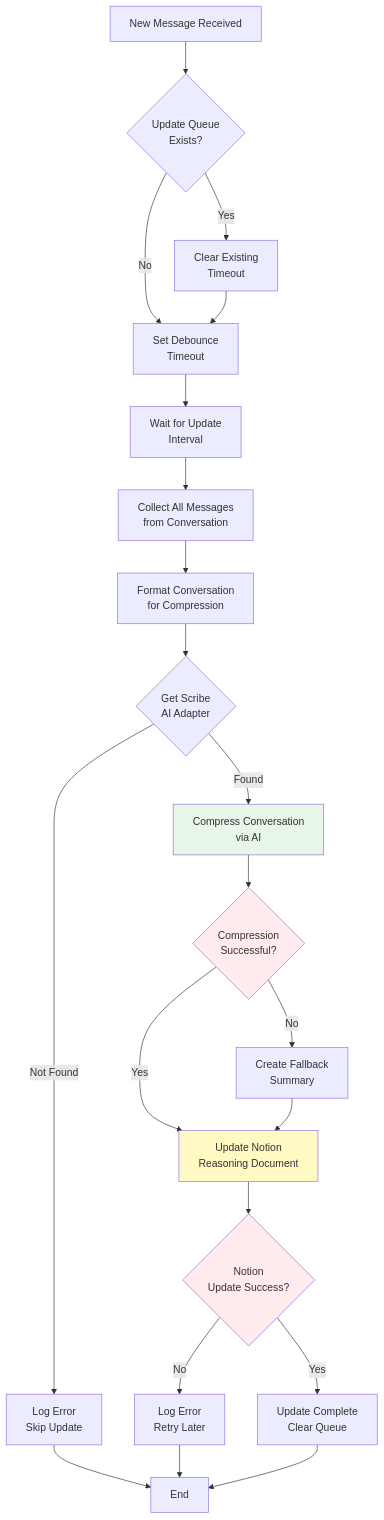
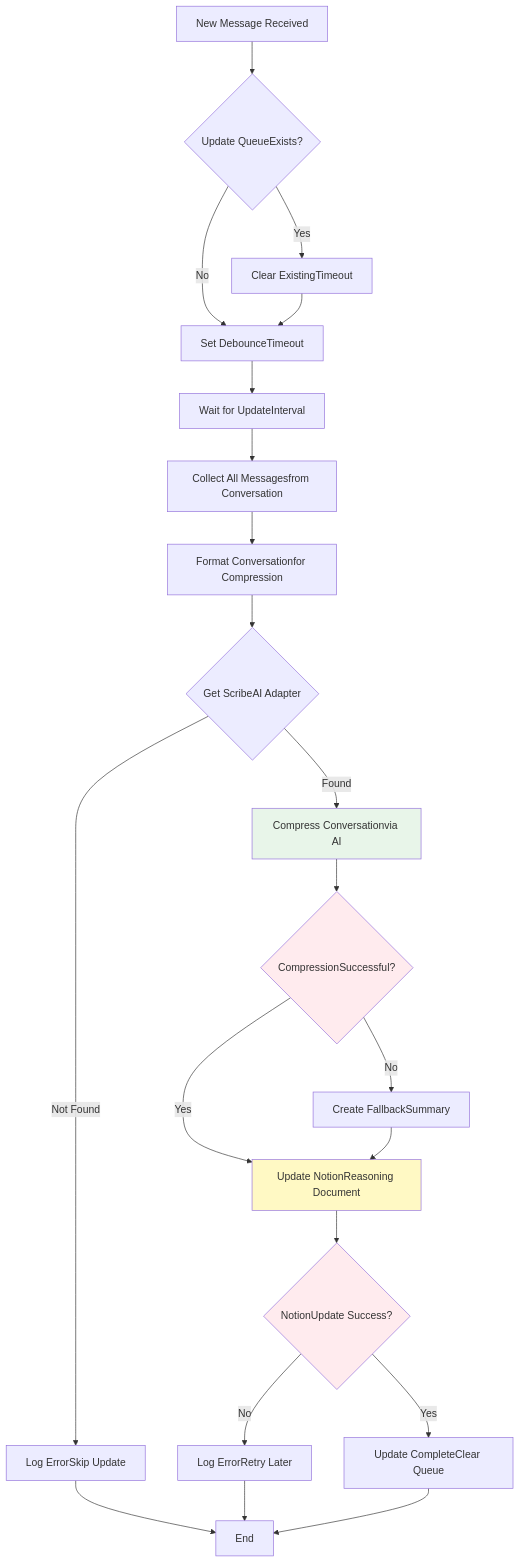
Before and after one commit to jak-pan/super-brainstorm-bot: the fifth of 16 diagrams in ARCHITECTURE.md, drawn with Mermaid. The commit also changed other lines of this file, not shown here.

Commit message:
Fix: Remove HTML br tags from Mermaid diagrams for GitHub compatibility

````diff
--- a/ARCHITECTURE.md
+++ b/ARCHITECTURE.md
@@ -329,33 +329,33 @@
 ```mermaid
 flowchart TD
-    Start[New Message Received] --> CheckQueue{Update Queue<br/>Exists?}
-    CheckQueue -->|Yes| ClearTimeout[Clear Existing<br/>Timeout]
-    CheckQueue -->|No| SetTimeout[Set Debounce<br/>Timeout]
+    Start[New Message Received] --> CheckQueue{Update QueueExists?}
+    CheckQueue -->|Yes| ClearTimeout[Clear ExistingTimeout]
+    CheckQueue -->|No| SetTimeout[Set DebounceTimeout]
     ClearTimeout --> SetTimeout
     
-    SetTimeout --> Wait[Wait for Update<br/>Interval]
-    Wait --> Collect[Collect All Messages<br/>from Conversation]
-    Collect --> Format[Format Conversation<br/>for Compression]
-    Format --> GetAdapter{Get Scribe<br/>AI Adapter}
+    SetTimeout --> Wait[Wait for UpdateInterval]
+    Wait --> Collect[Collect All Messagesfrom Conversation]
+    Collect --> Format[Format Conversationfor Compression]
+    Format --> GetAdapter{Get ScribeAI Adapter}
     
-    GetAdapter -->|Found| Compress[Compress Conversation<br/>via AI]
-    GetAdapter -->|Not Found| LogError[Log Error<br/>Skip Update]
+    GetAdapter -->|Found| Compress[Compress Conversationvia AI]
+    GetAdapter -->|Not Found| LogError[Log ErrorSkip Update]
     
-    Compress --> CheckSuccess{Compression<br/>Successful?}
-    CheckSuccess -->|Yes| UpdateNotion[Update Notion<br/>Reasoning Document]
-    CheckSuccess -->|No| Fallback[Create Fallback<br/>Summary]
+    Compress --> CheckSuccess{CompressionSuccessful?}
+    CheckSuccess -->|Yes| UpdateNotion[Update NotionReasoning Document]
+    CheckSuccess -->|No| Fallback[Create FallbackSummary]
     
     Fallback --> UpdateNotion
-    UpdateNotion --> CheckNotionSuccess{Notion<br/>Update Success?}
-    CheckNotionSuccess -->|Yes| Complete[Update Complete<br/>Clear Queue]
-    CheckNotionSuccess -->|No| LogNotionError[Log Error<br/>Retry Later]
+    UpdateNotion --> CheckNotionSuccess{NotionUpdate Success?}
+    CheckNotionSuccess -->|Yes| Complete[Update CompleteClear Queue]
+    CheckNotionSuccess -->|No| LogNotionError[Log ErrorRetry Later]
     
     LogError --> End[End]
     LogNotionError --> End
     Complete --> End
     
     style Compress fill:#e8f5e9
     style UpdateNotion fill:#fff9c4
     style CheckSuccess fill:#ffebee
     style CheckNotionSuccess fill:#ffebee
 ```
````
